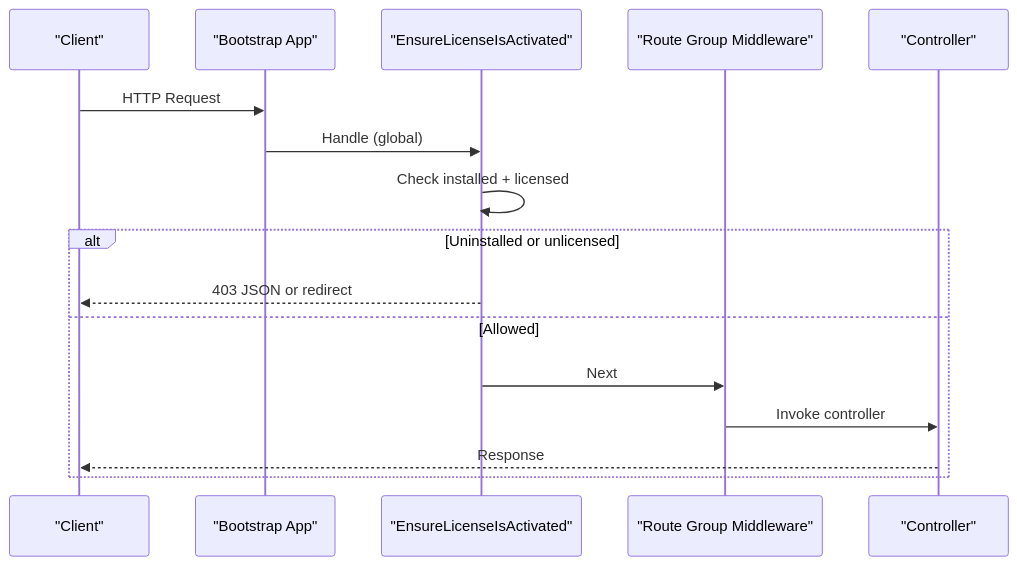
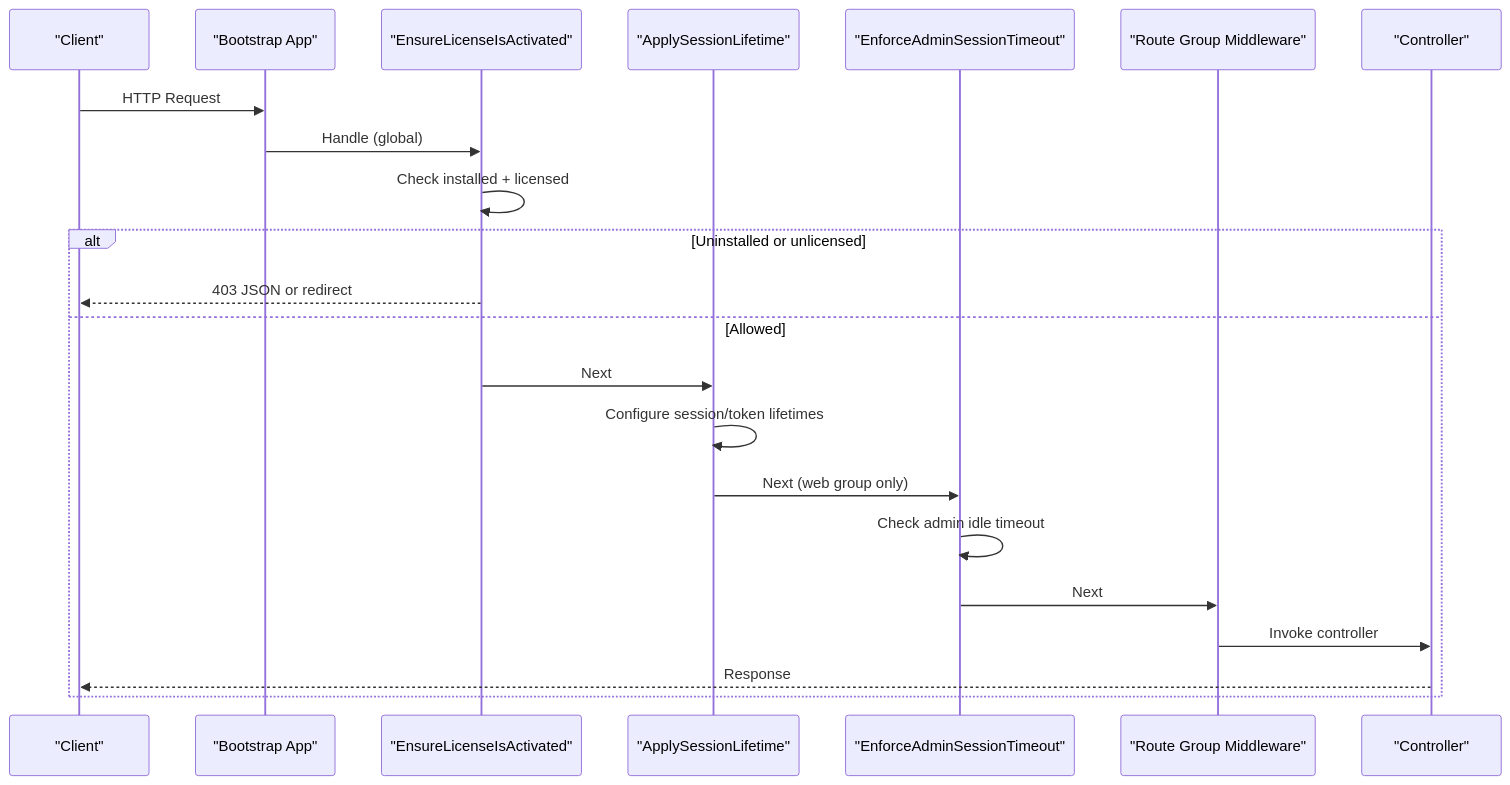
One commit to mahbub095/bus-app changed the second of 13 diagrams in .qoder/repowiki/en/content/System Architecture/Backend Architecture/Middleware Pipeline.md. Above: the diagram before and after it, drawn with Mermaid. The commit also changed other lines of this file and 130 other files, not shown here.

````diff
--- a/.qoder/repowiki/en/content/System Architecture/Backend Architecture/Middleware Pipeline.md
+++ b/.qoder/repowiki/en/content/System Architecture/Backend Architecture/Middleware Pipeline.md
@@ -88,18 +108,24 @@
 ```mermaid
 sequenceDiagram
 participant Client as "Client"
 participant Bootstrap as "Bootstrap App"
 participant LicenseMW as "EnsureLicenseIsActivated"
+participant SessionMW as "ApplySessionLifetime"
+participant TimeoutMW as "EnforceAdminSessionTimeout"
 participant RouteGroup as "Route Group Middleware"
 participant Controller as "Controller"
 Client->>Bootstrap : HTTP Request
 Bootstrap->>LicenseMW : Handle (global)
 LicenseMW->>LicenseMW : Check installed + licensed
 alt Uninstalled or unlicensed
 LicenseMW-->>Client : 403 JSON or redirect
 else Allowed
-LicenseMW->>RouteGroup : Next
+LicenseMW->>SessionMW : Next
+SessionMW->>SessionMW : Configure session/token lifetimes
+SessionMW->>TimeoutMW : Next (web group only)
+TimeoutMW->>TimeoutMW : Check admin idle timeout
+TimeoutMW->>RouteGroup : Next
 RouteGroup->>Controller : Invoke controller
 Controller-->>Client : Response
 end
 ```
````
